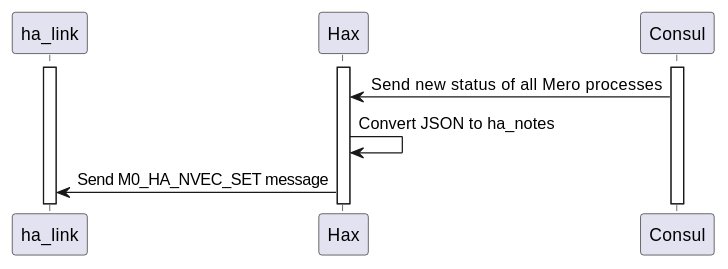
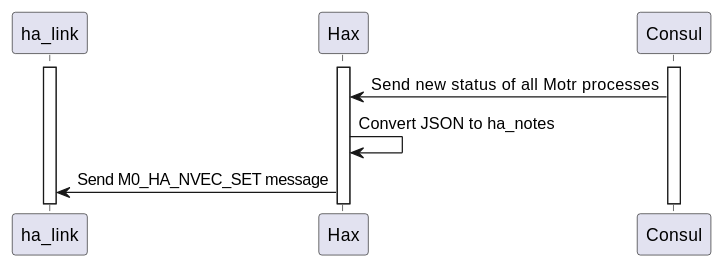
Before and after one commit to Seagate/cortx-hare: the second of 5 diagrams in rfc/5/README.md, drawn with PlantUML. The commit also changed other lines of this file and 59 other files, not shown here.

````diff
--- a/rfc/5/README.md
+++ b/rfc/5/README.md
@@ -85,14 +85,14 @@
 ```plantuml
 @startuml
 participant "ha_link" as HAlink
 participant Hax
 participant Consul
 activate HAlink
 activate Hax
 activate Consul
 
-Consul -> Hax: Send new status of all Mero processes
+Consul -> Hax: Send new status of all Motr processes
 Hax -> Hax: Convert JSON to ha_notes
 Hax -> HAlink: Send M0_HA_NVEC_SET message
 @enduml
 ```
````
